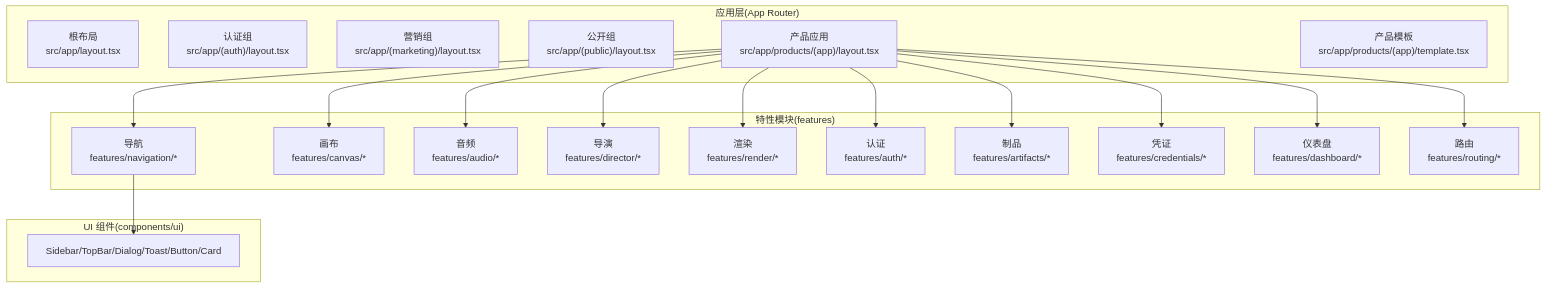
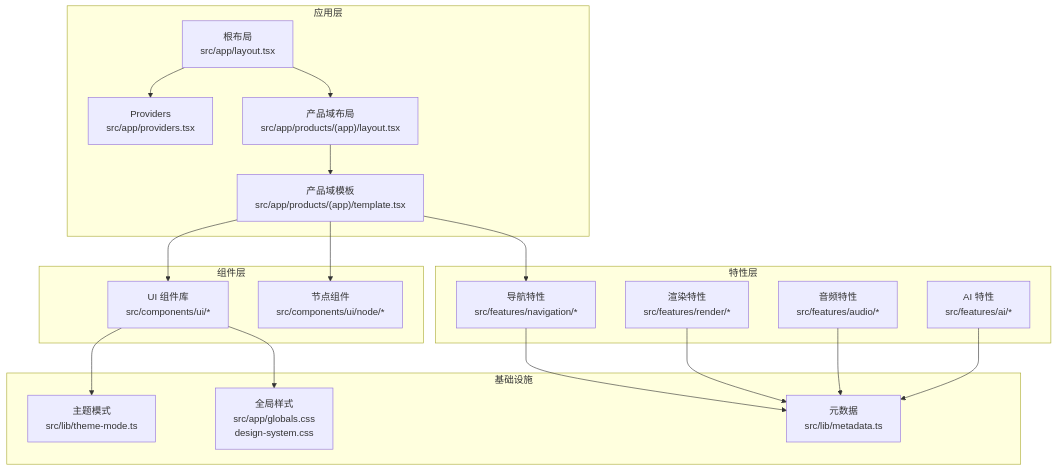
Before and after one commit to scottcwy/PurpleInk: the second of 8 diagrams in .qoder/repowiki/zh/content/前端架构/前端架构.md, drawn with Mermaid. The commit also changed other lines of this file and 872 other files, not shown here.

````diff
--- a/.qoder/repowiki/zh/content/前端架构/前端架构.md
+++ b/.qoder/repowiki/zh/content/前端架构/前端架构.md
@@ -139,37 +143,36 @@
 ```mermaid
 graph TB
-subgraph "应用层(App Router)"
-R1["根布局<br/>src/app/layout.tsx"]
-R2["认证组<br/>src/app/(auth)/layout.tsx"]
-R3["营销组<br/>src/app/(marketing)/layout.tsx"]
-R4["公开组<br/>src/app/(public)/layout.tsx"]
-R5["产品应用<br/>src/app/products/(app)/layout.tsx"]
-R6["产品模板<br/>src/app/products/(app)/template.tsx"]
+subgraph "应用层"
+L["根布局<br/>src/app/layout.tsx"]
+P["Providers<br/>src/app/providers.tsx"]
+PL["产品域布局<br/>src/app/products/(app)/layout.tsx"]
+PT["产品域模板<br/>src/app/products/(app)/template.tsx"]
 end
-subgraph "特性模块(features)"
-F1["导航<br/>features/navigation/*"]
-F2["画布<br/>features/canvas/*"]
-F3["音频<br/>features/audio/*"]
-F4["导演<br/>features/director/*"]
-F5["渲染<br/>features/render/*"]
-F6["认证<br/>features/auth/*"]
-F7["制品<br/>features/artifacts/*"]
-F8["凭证<br/>features/credentials/*"]
-F9["仪表盘<br/>features/dashboard/*"]
-F10["路由<br/>features/routing/*"]
+subgraph "组件层"
+UI["UI 组件库<br/>src/components/ui/*"]
+NODE["节点组件<br/>src/components/ui/node/*"]
 end
-subgraph "UI 组件(components/ui)"
-U1["Sidebar/TopBar/Dialog/Toast/Button/Card"]
+subgraph "特性层"
+NAV["导航特性<br/>src/features/navigation/*"]
+RENDER["渲染特性<br/>src/features/render/*"]
+AUDIO["音频特性<br/>src/features/audio/*"]
+AI["AI 特性<br/>src/features/ai/*"]
 end
-R5 --> F1
-F1 --> U1
-R5 --> F2
-R5 --> F3
-R5 --> F4
-R5 --> F5
-R5 --> F6
-R5 --> F7
-R5 --> F8
-R5 --> F9
-R5 --> F10
+subgraph "基础设施"
+THEME["主题模式<br/>src/lib/theme-mode.ts"]
+META["元数据<br/>src/lib/metadata.ts"]
+CSS["全局样式<br/>src/app/globals.css<br/>design-system.css"]
+end
+L --> P
+L --> PL
+PL --> PT
+PT --> UI
+PT --> NODE
+PT --> NAV
+UI --> THEME
+UI --> CSS
+NAV --> META
+RENDER --> META
+AUDIO --> META
+AI --> META
 ```
````
